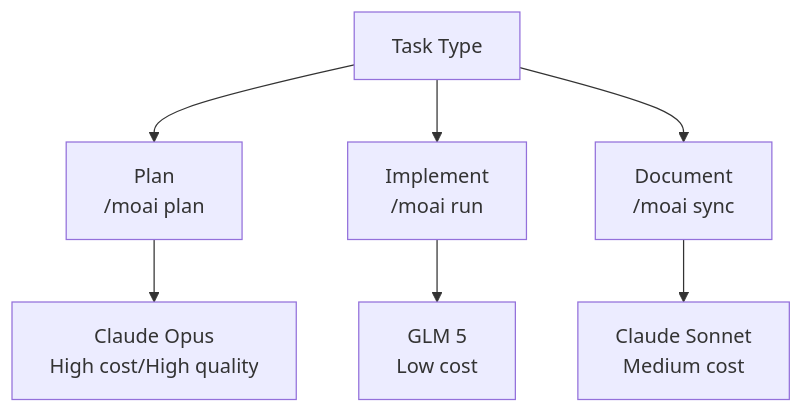
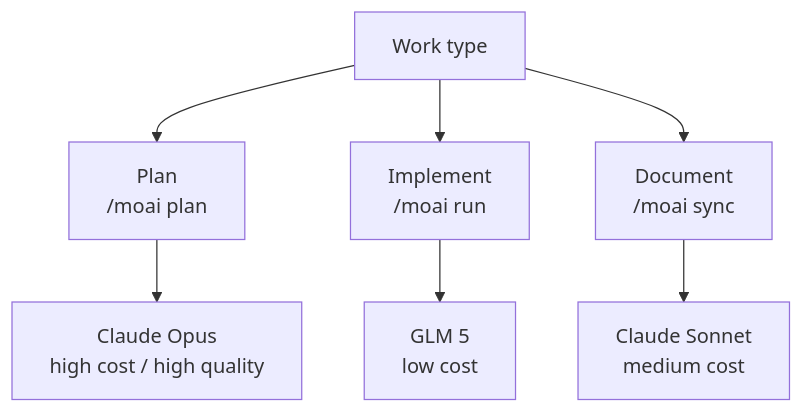
The tenth of 10 diagrams in docs-site/content/en/worktree/guide.md (modu-ai/moai-adk), drawn with Mermaid before and after one commit. The commit also changed other lines of this file and 395 other files, not shown here.

````diff
--- a/docs-site/content/en/worktree/guide.md
+++ b/docs-site/content/en/worktree/guide.md
@@ -563,10 +576,10 @@
 ```mermaid
 graph TD
-    A[Task Type] --> B[Plan<br/>/moai plan]
+    A[Work type] --> B[Plan<br/>/moai plan]
     A --> C[Implement<br/>/moai run]
     A --> D[Document<br/>/moai sync]
 
-    B --> E[Claude Opus<br/>High cost/High quality]
-    C --> F[GLM 5<br/>Low cost]
-    D --> G[Claude Sonnet<br/>Medium cost]
+    B --> E[Claude Opus<br/>high cost / high quality]
+    C --> F[GLM 5<br/>low cost]
+    D --> G[Claude Sonnet<br/>medium cost]
 ```
````
